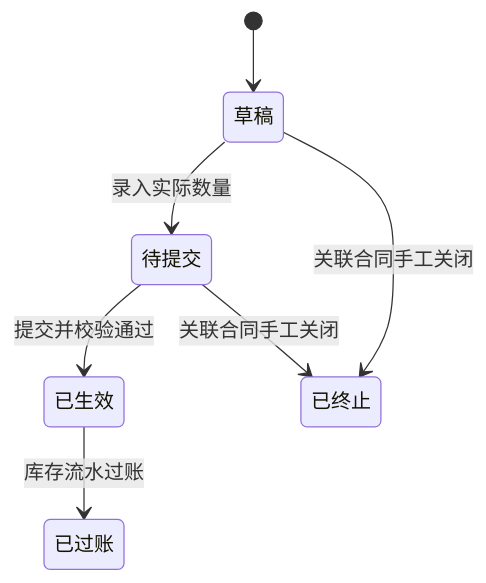
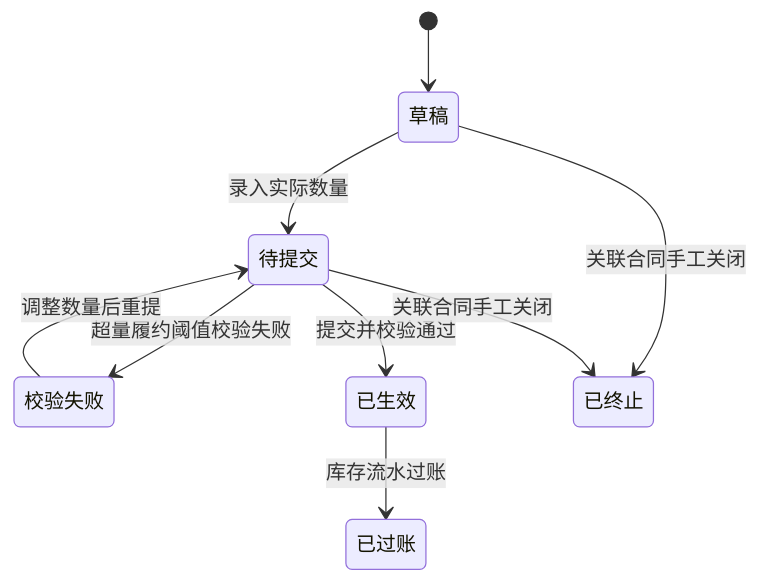
Diagram 11 of 11 in docs/V6阶段A-流程图状态机与UI原型清单.md (nancyxjp2019/jgport-supply), drawn with Mermaid before and after one commit. The commit also changed other lines of this file and 1 other file, not shown here.

````diff
--- a/docs/V6阶段A-流程图状态机与UI原型清单.md
+++ b/docs/V6阶段A-流程图状态机与UI原型清单.md
@@ -154,9 +186,11 @@
 ```mermaid
 stateDiagram-v2
     [*] --> 草稿
     草稿 --> 待提交: 录入实际数量
+    待提交 --> 校验失败: 超量履约阈值校验失败
+    校验失败 --> 待提交: 调整数量后重提
     待提交 --> 已生效: 提交并校验通过
     已生效 --> 已过账: 库存流水过账
     草稿 --> 已终止: 关联合同手工关闭
     待提交 --> 已终止: 关联合同手工关闭
 ```
````
